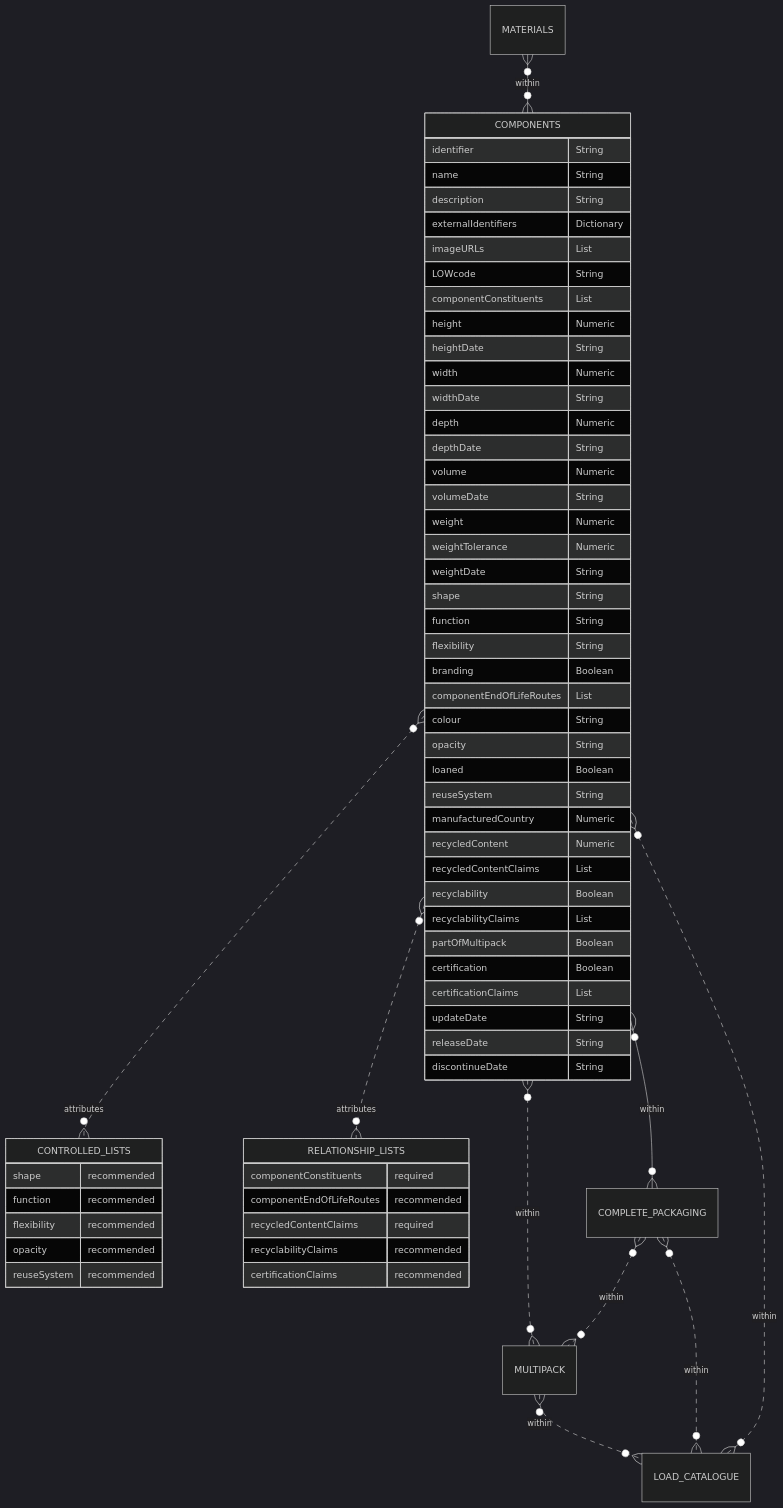
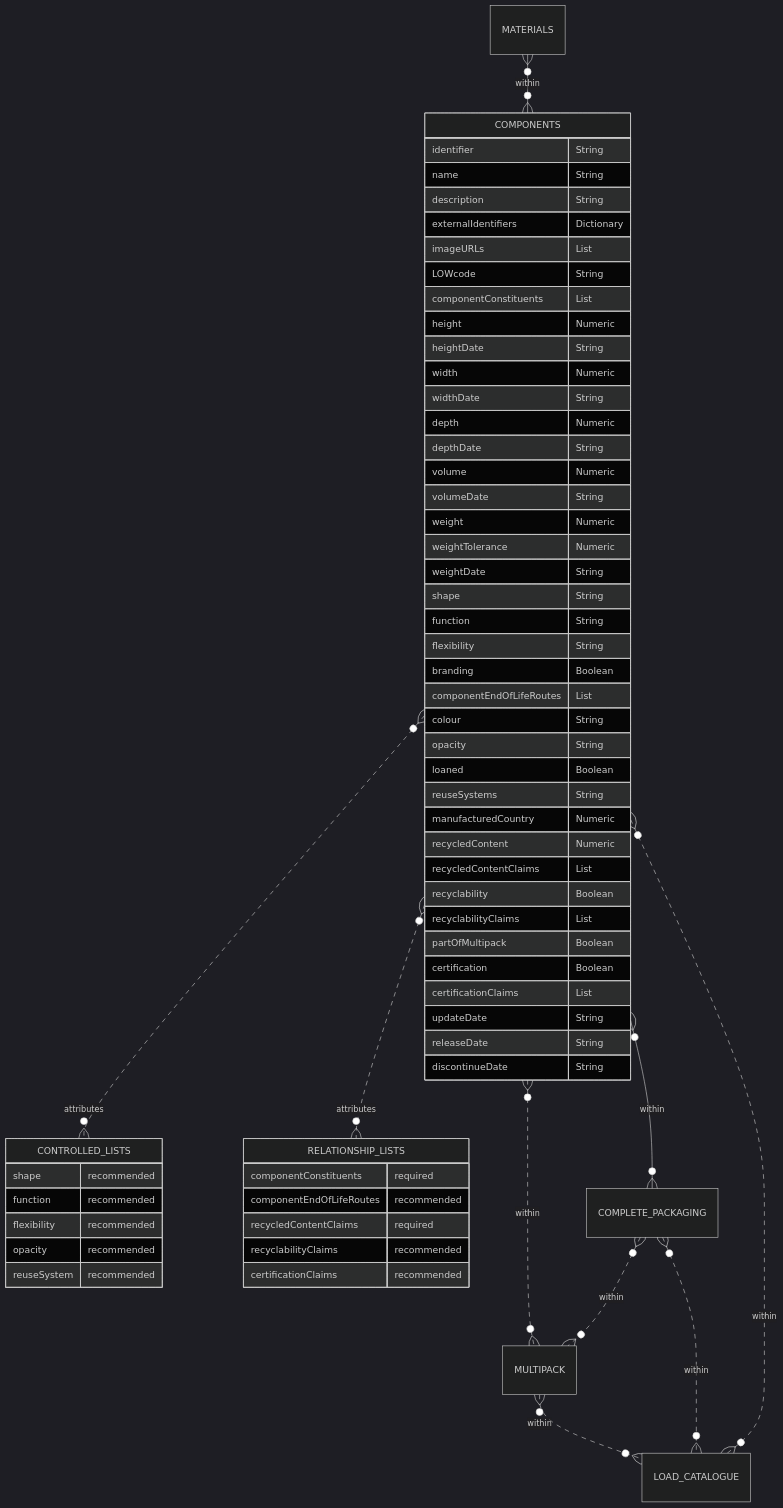
The diagram in docs/3_Data_Specification/3_3_Components.md (OpenDataManchester/Open3P), drawn with Mermaid (dark theme) before and after one commit. The commit also changed other lines of this file and 3 other files, not shown here.

````diff
--- a/docs/3_Data_Specification/3_3_Components.md
+++ b/docs/3_Data_Specification/3_3_Components.md
@@ -54,66 +54,66 @@
 ``` mermaid
 erDiagram
 MATERIALS }o--o{ COMPONENTS : within
   COMPONENTS {
     identifier String
     name String
     description String
     externalIdentifiers Dictionary
     imageURLs List
     LOWcode String
     componentConstituents List
     height Numeric
     heightDate String
     width Numeric
     widthDate String
     depth Numeric
     depthDate String
     volume Numeric
     volumeDate String
     weight Numeric
     weightTolerance Numeric
     weightDate String
     shape String
     function String
     flexibility String
     branding Boolean
     componentEndOfLifeRoutes List
     colour String
     opacity String
     loaned Boolean
-    reuseSystem String
+    reuseSystems String
     manufacturedCountry Numeric
     recycledContent Numeric
     recycledContentClaims List
     recyclability Boolean
     recyclabilityClaims List
     partOfMultipack Boolean
     certification Boolean
     certificationClaims List
     updateDate String
     releaseDate String
     discontinueDate String
   }
   COMPONENTS }o..o{ CONTROLLED_LISTS : attributes
   COMPONENTS }o..o{ RELATIONSHIP_LISTS : attributes
   COMPONENTS }o--o{ COMPLETE_PACKAGING : within
   COMPONENTS }o..o{ MULTIPACK : within
   MULTIPACK }o..o{ LOAD_CATALOGUE : within
   COMPLETE_PACKAGING }o..o{ MULTIPACK : within
   COMPLETE_PACKAGING }o..o{ LOAD_CATALOGUE : within
   COMPONENTS }o..o{ LOAD_CATALOGUE : within
     CONTROLLED_LISTS {
     shape recommended
     function recommended
     flexibility recommended
     opacity recommended
     reuseSystem recommended
   }
   RELATIONSHIP_LISTS {
     componentConstituents required
     componentEndOfLifeRoutes recommended
     recycledContentClaims required
     recyclabilityClaims recommended
     certificationClaims recommended
   }
 ```
````
